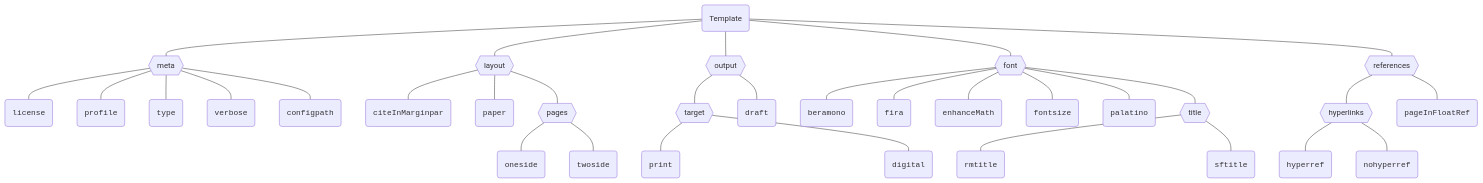
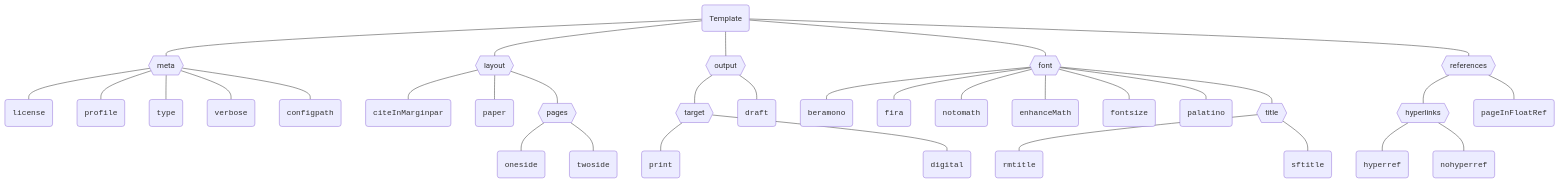
Before and after one commit to Fancy-Templates/latex-thesis: the diagram in README.md, drawn with Mermaid.

Commit message:
refactor: add notomath to treeview

````diff
--- a/README.md
+++ b/README.md
@@ -254,42 +254,43 @@
 ```mermaid
 flowchart TD
     template(Template)
     
     template --- meta{{meta}}
     template --- layout{{layout}}
     template --- output{{output}}
     template --- font{{font}}
     template --- references{{references}}
 
     output --- target{{target}}
     output --- draft("`<code>draft</code>`")
     target --- print("`<code>print</code>`") 
     target --- digital("`<code>digital</code>`")
 
     meta --- license("`<code>license</code>`")
     meta --- profile("`<code>profile</code>`")
     meta --- type("`<code>type</code>`")
     meta --- verbose("`<code>verbose</code>`")
     meta --- configpath("`<code>configpath</code>`")
 
     layout --- citeInMarginpar("`<code>citeInMarginpar</code>`")
     layout --- paper("`<code>paper</code>`")
     layout --- pages{{pages}}
     pages --- oneside("`<code>oneside</code>`")
     pages --- twoside("`<code>twoside</code>`")
 
     font --- beramono("`<code>beramono</code>`")
     font --- fira("`<code>fira</code>`")
+    font --- notomath("`<code>notomath</code>`")
     font --- enhanceMath("`<code>enhanceMath</code>`")
     font --- fontsize("`<code>fontsize</code>`")
     font --- palatino("`<code>palatino</code>`")
 
     font --- title{{title}}
     title --- rmtitle("`<code>rmtitle</code>`")
     title --- sftitle("`<code>sftitle</code>`")
     
     references --- hyperlinks{{hyperlinks}} 
     hyperlinks --- hyperref("`<code>hyperref</code>`")
     hyperlinks --- nohyperref("`<code>nohyperref</code>`")
     references --- pageInFloatRef("`<code>pageInFloatRef</code>`")
 ```
````
